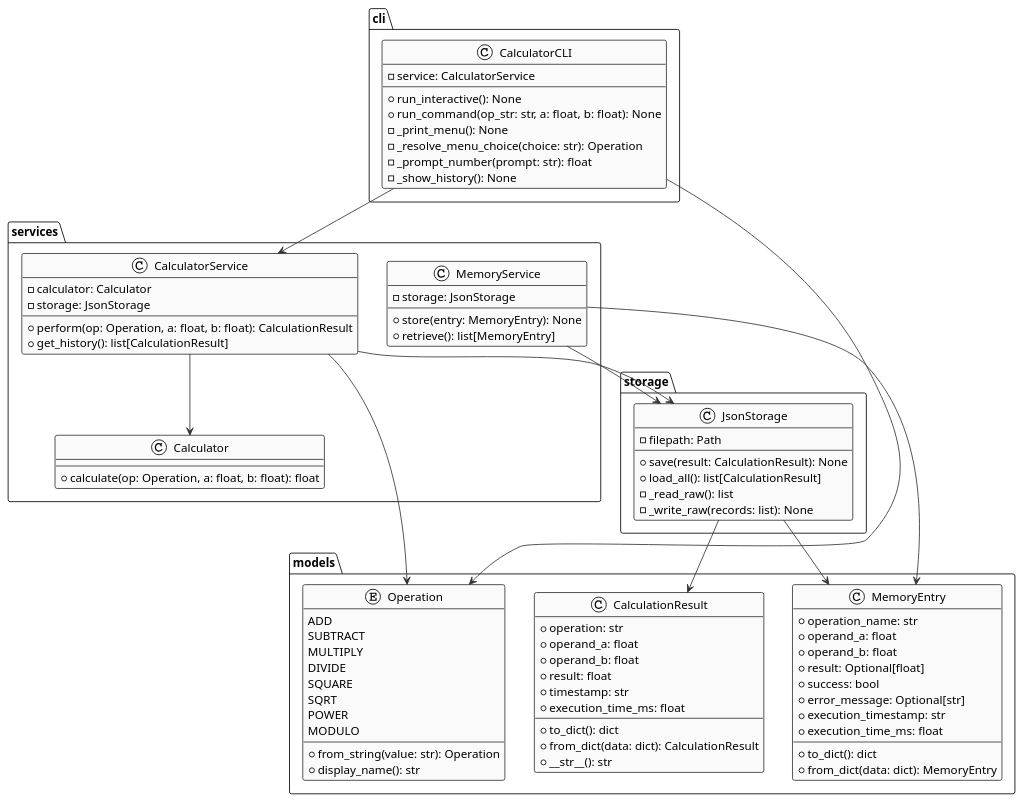
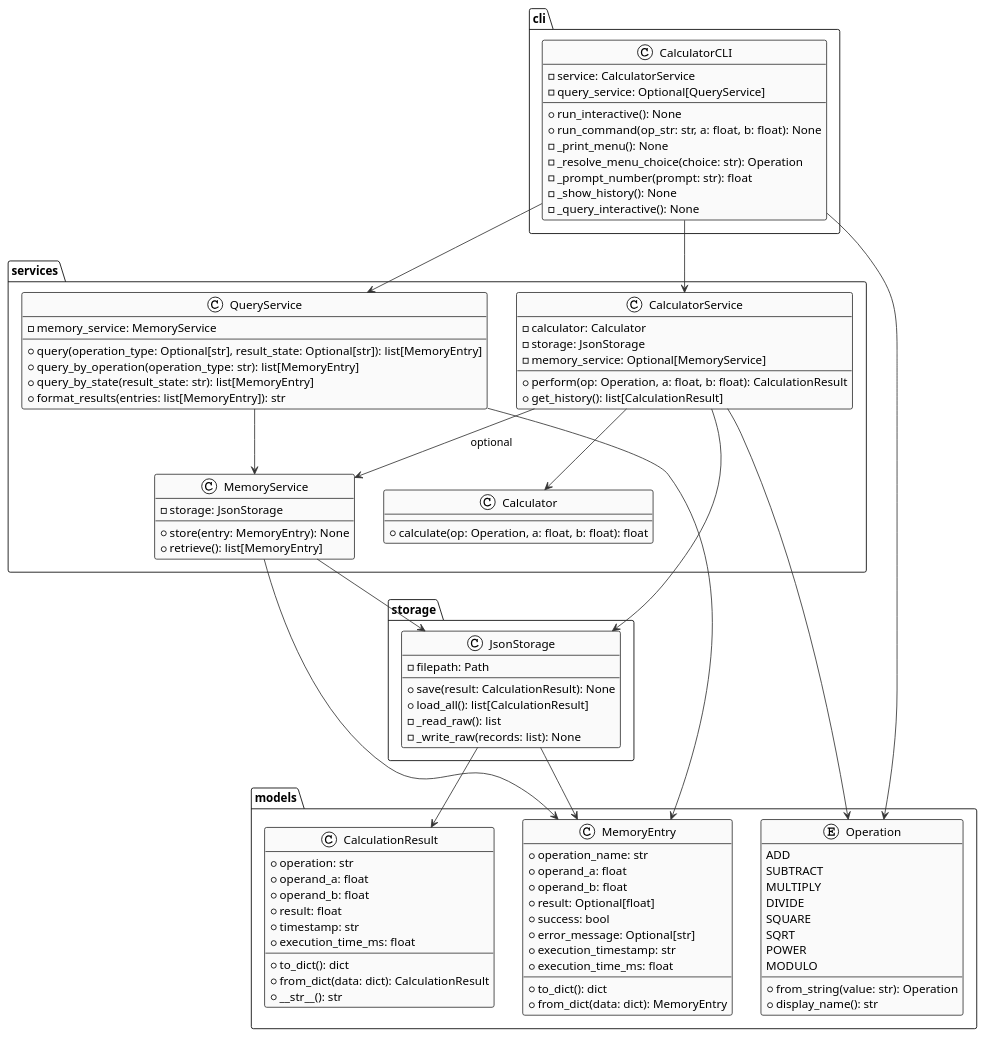
Before and after one commit to DanielRiha8906/Software_autoevolution_using_agents: the diagram in experiments/broadcast/structured_text/calculator/artifacts/class_diagram.puml, drawn with PlantUML. The commit also changed 3 other files, not shown here.

First line of the commit message:
task 05: Update diagrams and progress documentation

```diff
--- a/experiments/broadcast/structured_text/calculator/artifacts/class_diagram.puml
+++ b/experiments/broadcast/structured_text/calculator/artifacts/class_diagram.puml
@@ -1,110 +1,127 @@
 @startuml
 !theme plain
 skinparam classBackgroundColor #FAFAFA
 skinparam classBorderColor #333333
 skinparam arrowColor #333333
 skinparam fontName Courier
 
 package "models" {
   enum Operation {
     ADD
     SUBTRACT
     MULTIPLY
     DIVIDE
     SQUARE
     SQRT
     POWER
     MODULO
     --
     +from_string(value: str): Operation
     +display_name(): str
   }
 
   class CalculationResult {
     +operation: str
     +operand_a: float
     +operand_b: float
     +result: float
     +timestamp: str
     +execution_time_ms: float
     --
     +to_dict(): dict
     +from_dict(data: dict): CalculationResult
     +__str__(): str
   }
 
   class MemoryEntry {
     +operation_name: str
     +operand_a: float
     +operand_b: float
     +result: Optional[float]
     +success: bool
     +error_message: Optional[str]
     +execution_timestamp: str
     +execution_time_ms: float
     --
     +to_dict(): dict
     +from_dict(data: dict): MemoryEntry
   }
 }
 
 package "services" {
   class Calculator {
     +calculate(op: Operation, a: float, b: float): float
   }
 
   class CalculatorService {
     -calculator: Calculator
     -storage: JsonStorage
+    -memory_service: Optional[MemoryService]
     --
     +perform(op: Operation, a: float, b: float): CalculationResult
     +get_history(): list[CalculationResult]
   }
 
   class MemoryService {
     -storage: JsonStorage
     --
     +store(entry: MemoryEntry): None
     +retrieve(): list[MemoryEntry]
+  }
+
+  class QueryService {
+    -memory_service: MemoryService
+    --
+    +query(operation_type: Optional[str], result_state: Optional[str]): list[MemoryEntry]
+    +query_by_operation(operation_type: str): list[MemoryEntry]
+    +query_by_state(result_state: str): list[MemoryEntry]
+    +format_results(entries: list[MemoryEntry]): str
   }
 }
 
 package "storage" {
   class JsonStorage {
     -filepath: Path
     --
     +save(result: CalculationResult): None
     +load_all(): list[CalculationResult]
     -_read_raw(): list
     -_write_raw(records: list): None
   }
 }
 
 package "cli" {
   class CalculatorCLI {
     -service: CalculatorService
+    -query_service: Optional[QueryService]
     --
     +run_interactive(): None
     +run_command(op_str: str, a: float, b: float): None
     -_print_menu(): None
     -_resolve_menu_choice(choice: str): Operation
     -_prompt_number(prompt: str): float
     -_show_history(): None
+    -_query_interactive(): None
   }
 }
 
 ' Relationships
 CalculatorService --> Calculator
 CalculatorService --> JsonStorage
 CalculatorService --> Operation
+CalculatorService --> MemoryService : optional
 
 MemoryService --> JsonStorage
 MemoryService --> MemoryEntry
 
+QueryService --> MemoryService
+QueryService --> MemoryEntry
+
 CalculatorCLI --> CalculatorService
+CalculatorCLI --> QueryService
 CalculatorCLI --> Operation
 
 JsonStorage --> CalculationResult
 JsonStorage --> MemoryEntry
 
 @enduml
```
